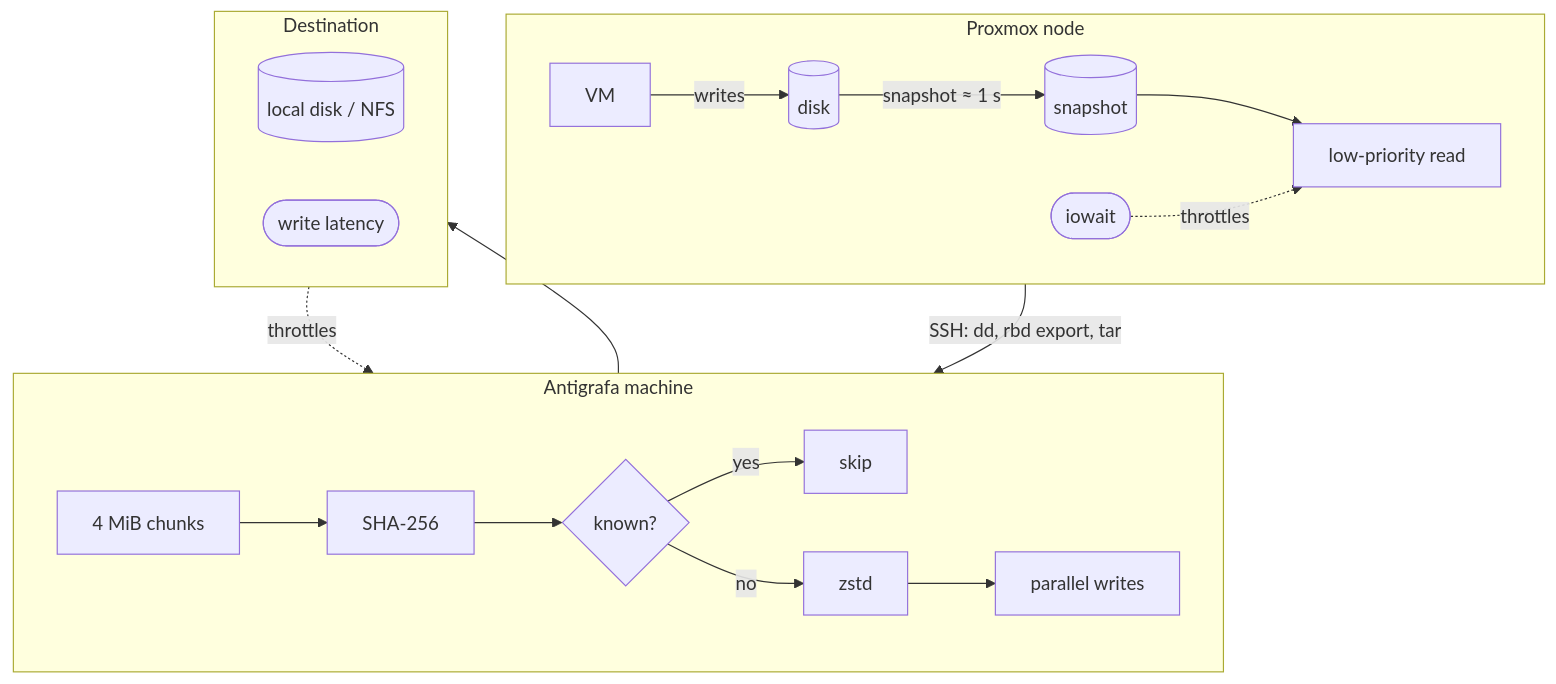
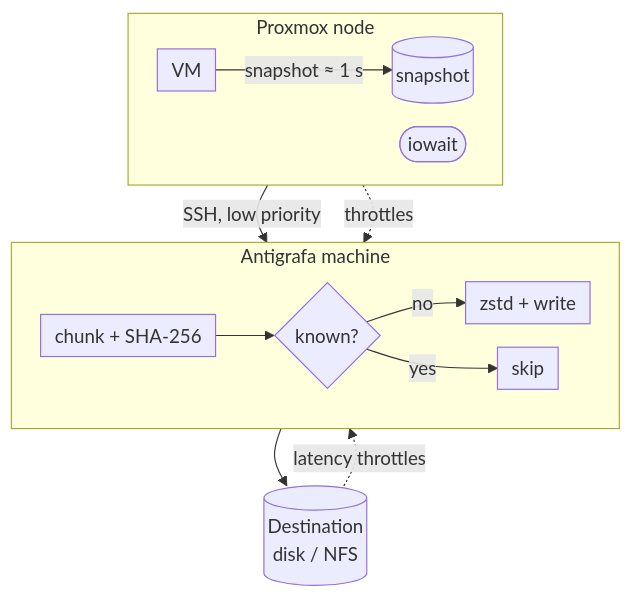
One commit to GasPar-Sec/antigrafa changed the diagram in README.md. Above: the diagram before and after it, drawn with Mermaid.

Commit message:
fix mermaid 2

````diff
--- a/README.md
+++ b/README.md
@@ -22,29 +22,23 @@
 ```mermaid
+%%{init: {"flowchart": {"nodeSpacing": 20, "rankSpacing": 25, "padding": 6}}}%%
 flowchart TB
     subgraph node["Proxmox node"]
         direction LR
-        vm["VM"] -- writes --> disk[("disk")]
-        disk -- "snapshot ≈ 1 s" --> snap[("snapshot")]
-        snap --> read["low-priority read"]
-        iowait(["iowait"]) -. throttles .-> read
+        vm["VM"] -- "snapshot ≈ 1 s" --> snap[("snapshot")]
+        iowait(["iowait"])
     end
 
     subgraph agf["Antigrafa machine"]
         direction LR
-        chunk["4 MiB chunks"] --> hash["SHA-256"]
-        hash --> known{"known?"}
+        hash["chunk + SHA-256"] --> known{"known?"}
+        known -- no --> write["zstd + write"]
         known -- yes --> skip["skip"]
-        known -- no --> zstd["zstd"]
-        zstd --> write["parallel writes"]
     end
 
-    subgraph dest["Destination"]
-        direction LR
-        store[("local disk / NFS")]
-        latency(["write latency"])
-    end
+    store[("Destination<br/>disk / NFS")]
 
-    read -- "SSH: dd, rbd export, tar" --> chunk
+    snap -- "SSH, low priority" --> hash
+    iowait -. throttles .-> hash
     write --> store
-    latency -. throttles .-> write
+    store -. "latency throttles" .-> write
 ```
````
